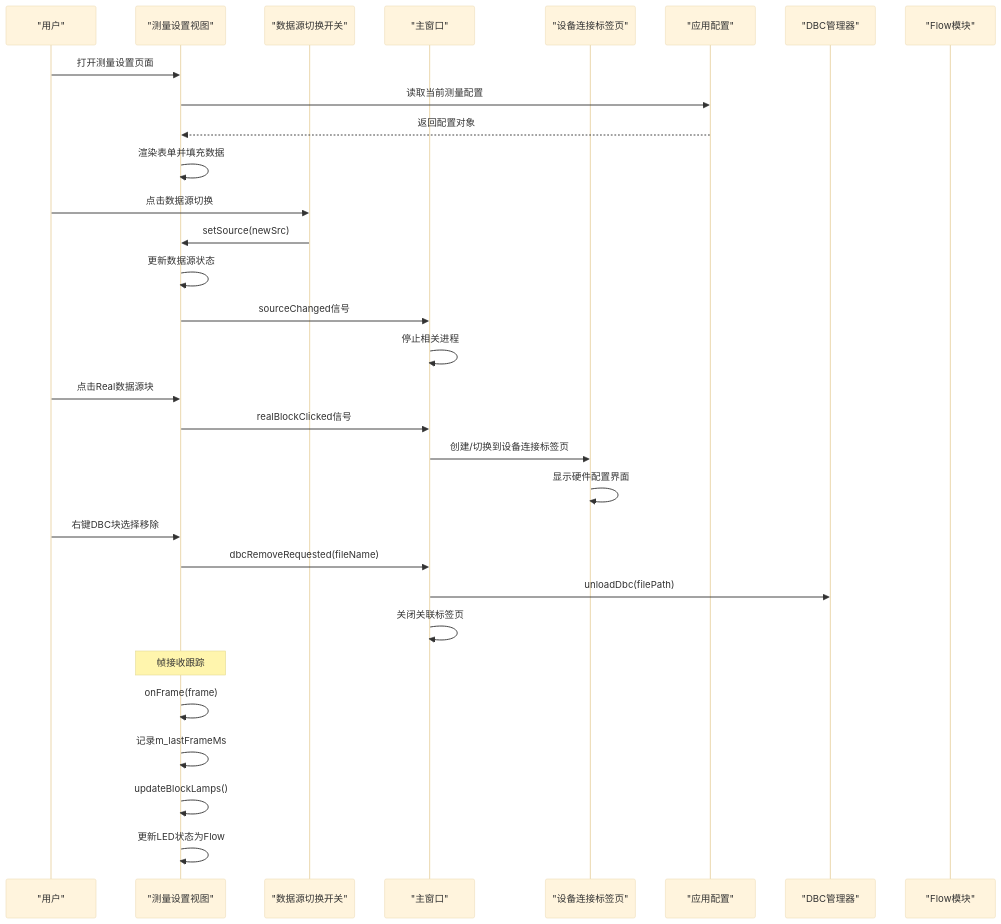
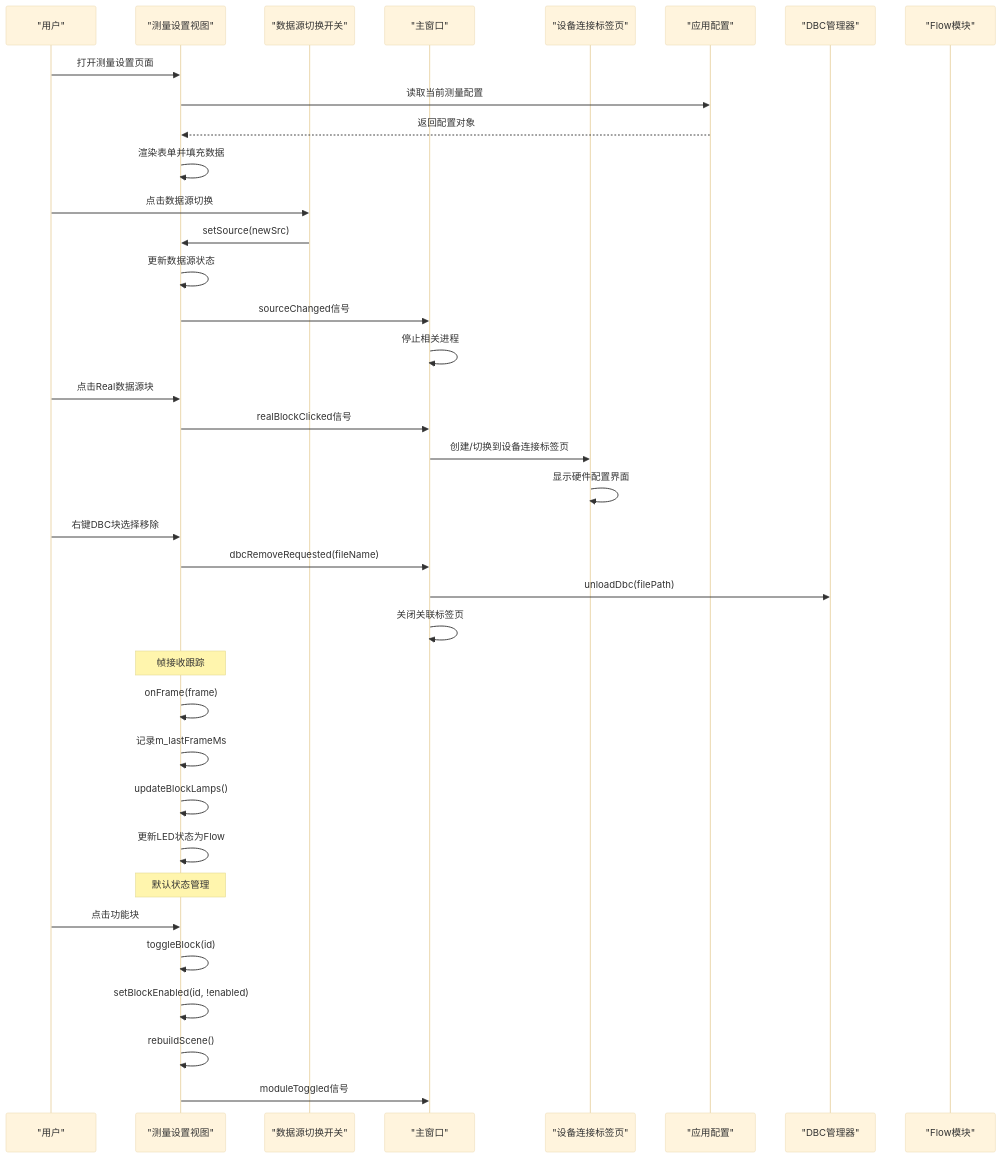
Before and after one commit to jakecai1225-design/OpenBus: the third of 10 diagrams in .qoder/repowiki/zh/content/架构设计/UI系统设计/测量设置视图组件.md, drawn with Mermaid (base theme). The commit also changed other lines of this file and 16 other files, not shown here.

Commit message:
新增信号发生器 flow 拖拽文件

````diff
--- a/.qoder/repowiki/zh/content/架构设计/UI系统设计/测量设置视图组件.md
+++ b/.qoder/repowiki/zh/content/架构设计/UI系统设计/测量设置视图组件.md
@@ -276,33 +280,39 @@
 ```mermaid
 sequenceDiagram
 participant User as "用户"
 participant View as "测量设置视图"
 participant Switch as "数据源切换开关"
 participant MainWin as "主窗口"
 participant DevTab as "设备连接标签页"
 participant Config as "应用配置"
 participant DBCMgr as "DBC管理器"
 participant FlowMod as "Flow模块"
 User->>View : 打开测量设置页面
 View->>Config : 读取当前测量配置
 Config-->>View : 返回配置对象
 View->>View : 渲染表单并填充数据
 User->>Switch : 点击数据源切换
 Switch->>View : setSource(newSrc)
 View->>View : 更新数据源状态
 View->>MainWin : sourceChanged信号
 MainWin->>MainWin : 停止相关进程
 User->>View : 点击Real数据源块
 View->>MainWin : realBlockClicked信号
 MainWin->>DevTab : 创建/切换到设备连接标签页
 DevTab->>DevTab : 显示硬件配置界面
 User->>View : 右键DBC块选择移除
 View->>MainWin : dbcRemoveRequested(fileName)
 MainWin->>DBCMgr : unloadDbc(filePath)
 MainWin->>MainWin : 关闭关联标签页
 Note over View : 帧接收跟踪
 View->>View : onFrame(frame)
 View->>View : 记录m_lastFrameMs
 View->>View : updateBlockLamps()
 View->>View : 更新LED状态为Flow
+Note over View : 默认状态管理
+User->>View : 点击功能块
+View->>View : toggleBlock(id)
+View->>View : setBlockEnabled(id, !enabled)
+View->>View : rebuildScene()
+View->>MainWin : moduleToggled信号
 ```
````
